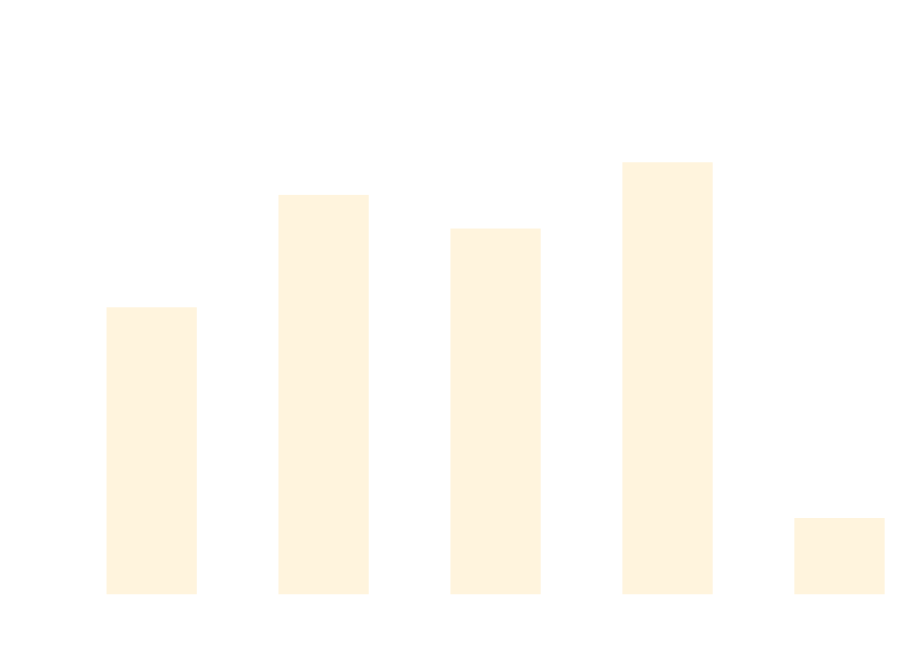
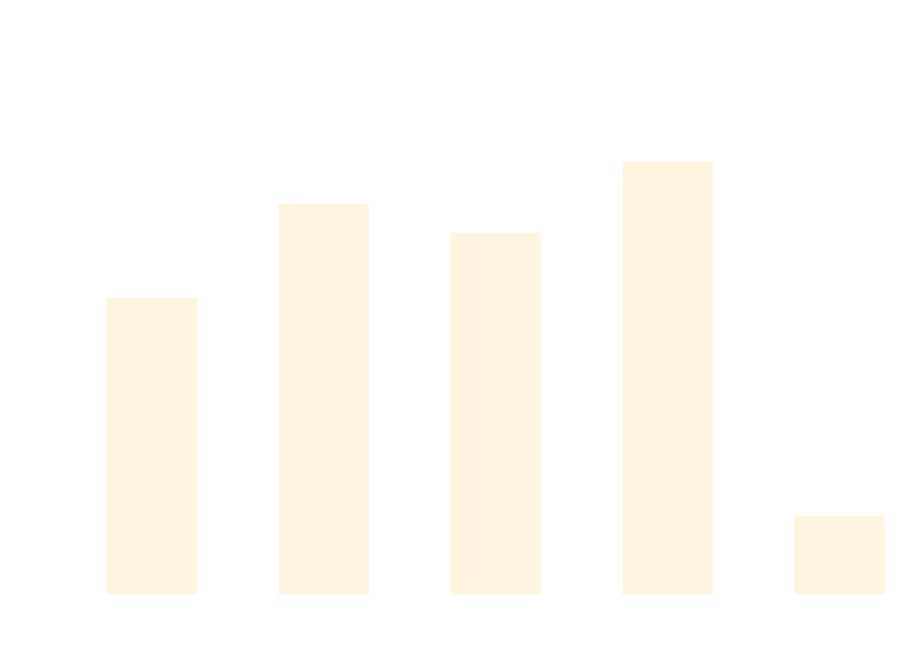
Before and after one commit to thomhurst/TUnit: the diagram in docs/docs/benchmarks/AsyncTests.md, drawn with Mermaid. The commit also changed other lines of this file and 17 other files, not shown here.

````diff
--- a/docs/docs/benchmarks/AsyncTests.md
+++ b/docs/docs/benchmarks/AsyncTests.md
@@ -27,37 +27,37 @@
 ```mermaid
 %%{init: {
   'theme':'base',
   'themeVariables': {
     'primaryColor': '#2563eb',
     'primaryTextColor': '#ffffff',
     'primaryBorderColor': '#1e40af',
     'lineColor': '#6b7280',
     'secondaryColor': '#7c3aed',
     'tertiaryColor': '#dc2626',
     'background': '#ffffff',
     'mainBkg': '#2563eb',
     'secondBkg': '#7c3aed',
     'tertiaryBkg': '#dc2626',
     'clusterBkg': '#f3f4f6',
     'edgeLabelBackground': '#ffffff',
     'tertiaryTextColor': '#1f2937',
     'pie1': '#2563eb',
     'pie2': '#7c3aed',
     'pie3': '#dc2626',
     'pie4': '#f59e0b',
     'pie5': '#10b981',
     'pie6': '#06b6d4',
     'pie7': '#ec4899',
     'pie8': '#6366f1',
     'pie9': '#84cc16',
     'pie10': '#f97316',
     'pie11': '#14b8a6',
     'pie12': '#a855f7'
   }
 }}%%
 xychart-beta
   title "AsyncTests Performance Comparison"
   x-axis ["TUnit", "NUnit", "MSTest", "xUnit3", "TUnit_AOT"]
-  y-axis "Time (ms)" 0 --> 937
-  bar [511.9, 720, 657.7, 780.3, 121.9]
+  y-axis "Time (ms)" 0 --> 903
+  bar [510.3, 677.4, 626.3, 752.4, 122]
 ```
````
